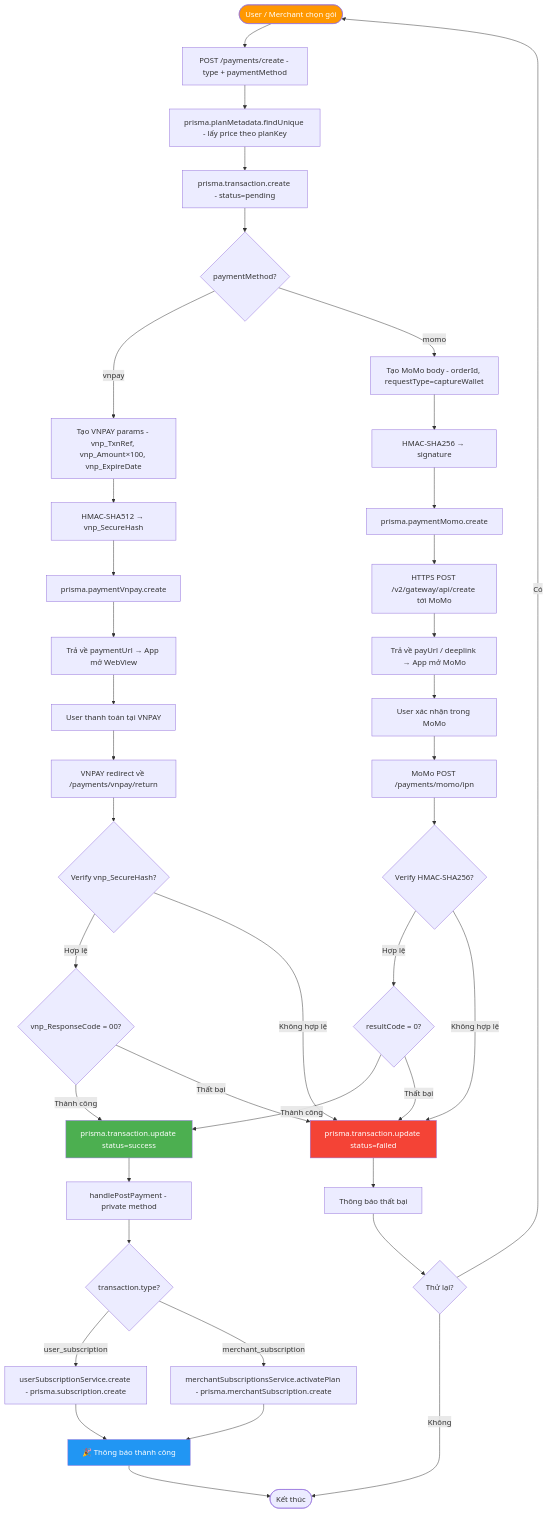
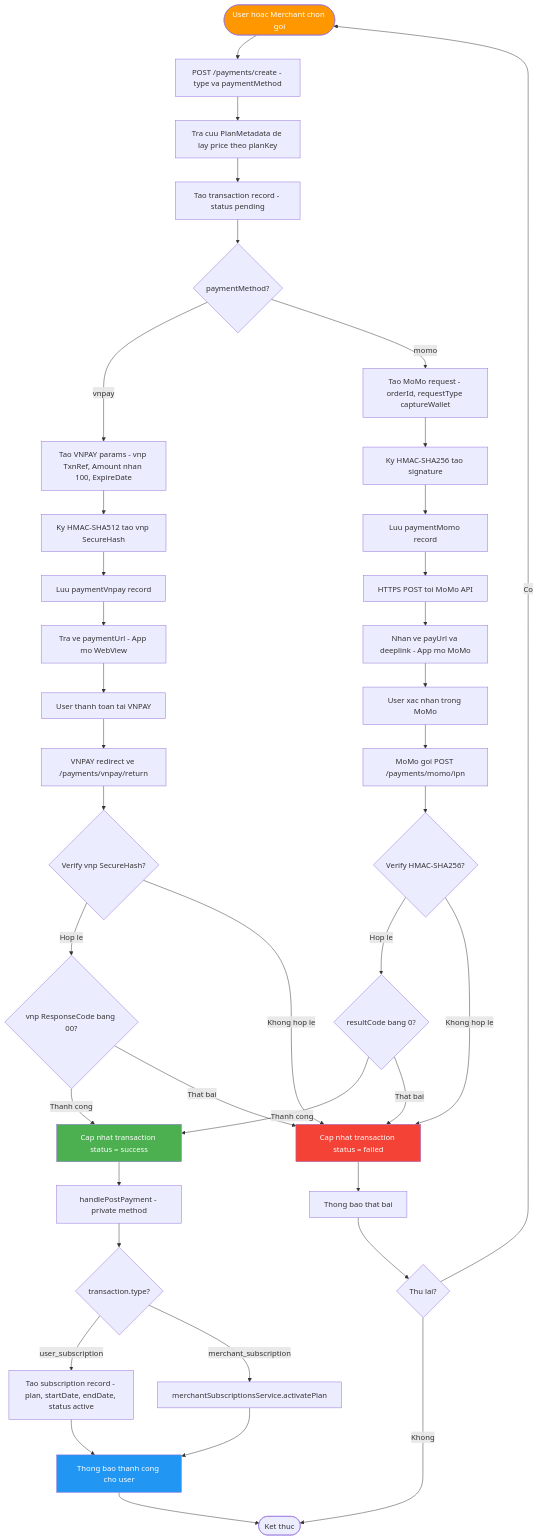
Diagram 12 of 13 in docs/diagrams.md (thankhanh/Seminar_sgu), drawn with Mermaid before and after one commit. The commit also changed other lines of this file, not shown here.

First line of the commit message:
Update diagrams.md

````diff
--- a/docs/diagrams.md
+++ b/docs/diagrams.md
@@ -694,57 +693,57 @@
 ```mermaid
 flowchart TD
-    A([User / Merchant chọn gói]) --> B[POST /payments/create - type + paymentMethod]
-    B --> C[prisma.planMetadata.findUnique - lấy price theo planKey]
-    C --> D[prisma.transaction.create - status=pending]
+    A4([User hoac Merchant chon goi]) --> B4[POST /payments/create - type va paymentMethod]
+    B4 --> C4[Tra cuu PlanMetadata de lay price theo planKey]
+    C4 --> D4[Tao transaction record - status pending]
 
-    D --> E{paymentMethod?}
+    D4 --> E4{paymentMethod?}
 
-    E -->|vnpay| F[Tạo VNPAY params - vnp_TxnRef, vnp_Amount×100, vnp_ExpireDate]
-    F --> G[HMAC-SHA512 → vnp_SecureHash]
-    G --> G1[prisma.paymentVnpay.create]
-    G1 --> H[Trả về paymentUrl → App mở WebView]
-    H --> I[User thanh toán tại VNPAY]
-    I --> J[VNPAY redirect về /payments/vnpay/return]
-    J --> K{Verify vnp_SecureHash?}
+    E4 -->|vnpay| F4[Tao VNPAY params - vnp TxnRef, Amount nhan 100, ExpireDate]
+    F4 --> G4[Ky HMAC-SHA512 tao vnp SecureHash]
+    G4 --> G4a[Luu paymentVnpay record]
+    G4a --> H4[Tra ve paymentUrl - App mo WebView]
+    H4 --> I4[User thanh toan tai VNPAY]
+    I4 --> J4[VNPAY redirect ve /payments/vnpay/return]
+    J4 --> K4{Verify vnp SecureHash?}
 
-    E -->|momo| L[Tạo MoMo body - orderId, requestType=captureWallet]
-    L --> M[HMAC-SHA256 → signature]
-    M --> M1[prisma.paymentMomo.create]
-    M1 --> N[HTTPS POST /v2/gateway/api/create tới MoMo]
-    N --> O[Trả về payUrl / deeplink → App mở MoMo]
-    O --> P[User xác nhận trong MoMo]
-    P --> Q[MoMo POST /payments/momo/ipn]
-    Q --> R{Verify HMAC-SHA256?}
+    E4 -->|momo| L4[Tao MoMo request - orderId, requestType captureWallet]
+    L4 --> M4[Ky HMAC-SHA256 tao signature]
+    M4 --> M4a[Luu paymentMomo record]
+    M4a --> N4[HTTPS POST toi MoMo API]
+    N4 --> O4[Nhan ve payUrl va deeplink - App mo MoMo]
+    O4 --> P4[User xac nhan trong MoMo]
+    P4 --> Q4[MoMo goi POST /payments/momo/ipn]
+    Q4 --> R4{Verify HMAC-SHA256?}
 
-    K -->|Hợp lệ| S{vnp_ResponseCode = 00?}
-    K -->|Không hợp lệ| T[prisma.transaction.update status=failed]
+    K4 -->|Hop le| S4{vnp ResponseCode bang 00?}
+    K4 -->|Khong hop le| T4[Cap nhat transaction status = failed]
 
-    R -->|Hợp lệ| U{resultCode = 0?}
-    R -->|Không hợp lệ| T
+    R4 -->|Hop le| U4{resultCode bang 0?}
+    R4 -->|Khong hop le| T4
 
-    S -->|Thành công| V[prisma.transaction.update status=success]
-    S -->|Thất bại| T
+    S4 -->|Thanh cong| V4[Cap nhat transaction status = success]
+    S4 -->|That bai| T4
 
-    U -->|Thành công| V
-    U -->|Thất bại| T
+    U4 -->|Thanh cong| V4
+    U4 -->|That bai| T4
 
-    V --> W[handlePostPayment - private method]
-    W --> X{transaction.type?}
-    X -->|user_subscription| Y[userSubscriptionService.create - prisma.subscription.create]
-    X -->|merchant_subscription| Z[merchantSubscriptionsService.activatePlan - prisma.merchantSubscription.create]
+    V4 --> W4[handlePostPayment - private method]
+    W4 --> X4{transaction.type?}
+    X4 -->|user_subscription| Y4[Tao subscription record - plan, startDate, endDate, status active]
+    X4 -->|merchant_subscription| Z4[merchantSubscriptionsService.activatePlan]
 
-    Y --> AA[🎉 Thông báo thành công]
-    Z --> AA
+    Y4 --> AA4[Thong bao thanh cong cho user]
+    Z4 --> AA4
 
-    T --> AB[Thông báo thất bại]
-    AB --> AC{Thử lại?}
-    AC -->|Có| A
-    AC -->|Không| AD([Kết thúc])
+    T4 --> AB4[Thong bao that bai]
+    AB4 --> AC4{Thu lai?}
+    AC4 -->|Co| A4
+    AC4 -->|Khong| AD4([Ket thuc])
 
-    AA --> AD
+    AA4 --> AD4
 
-    style A fill:#FF9800,color:#fff
-    style V fill:#4CAF50,color:#fff
-    style T fill:#f44336,color:#fff
-    style AA fill:#2196F3,color:#fff
+    style A4 fill:#FF9800,color:#fff
+    style V4 fill:#4CAF50,color:#fff
+    style T4 fill:#f44336,color:#fff
+    style AA4 fill:#2196F3,color:#fff
 ```
````
